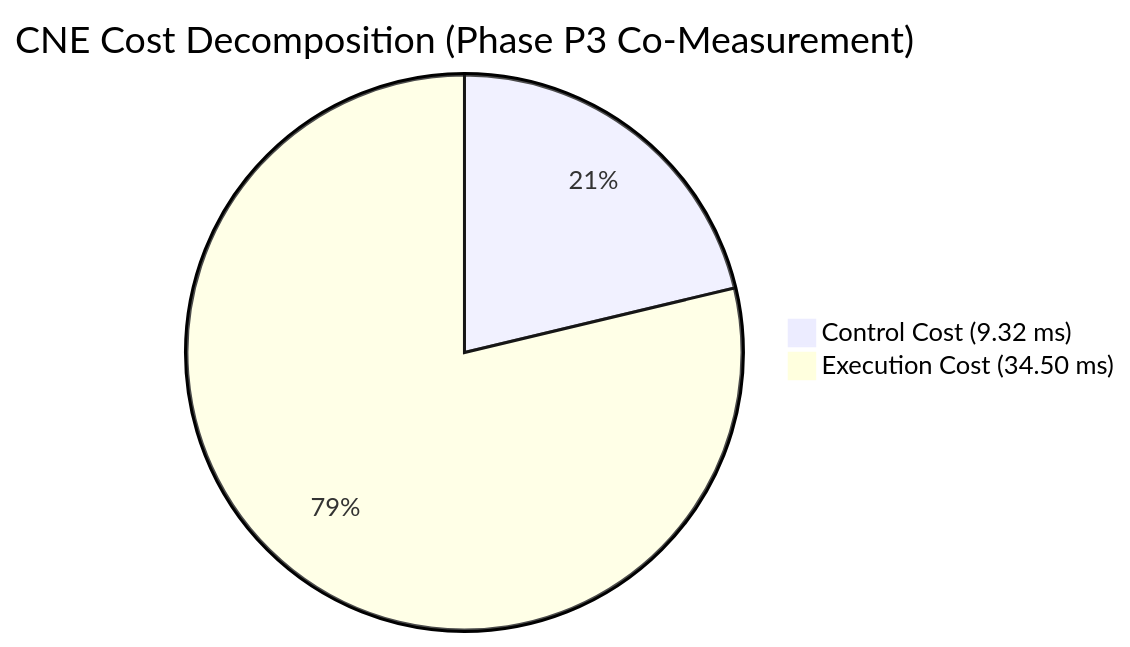
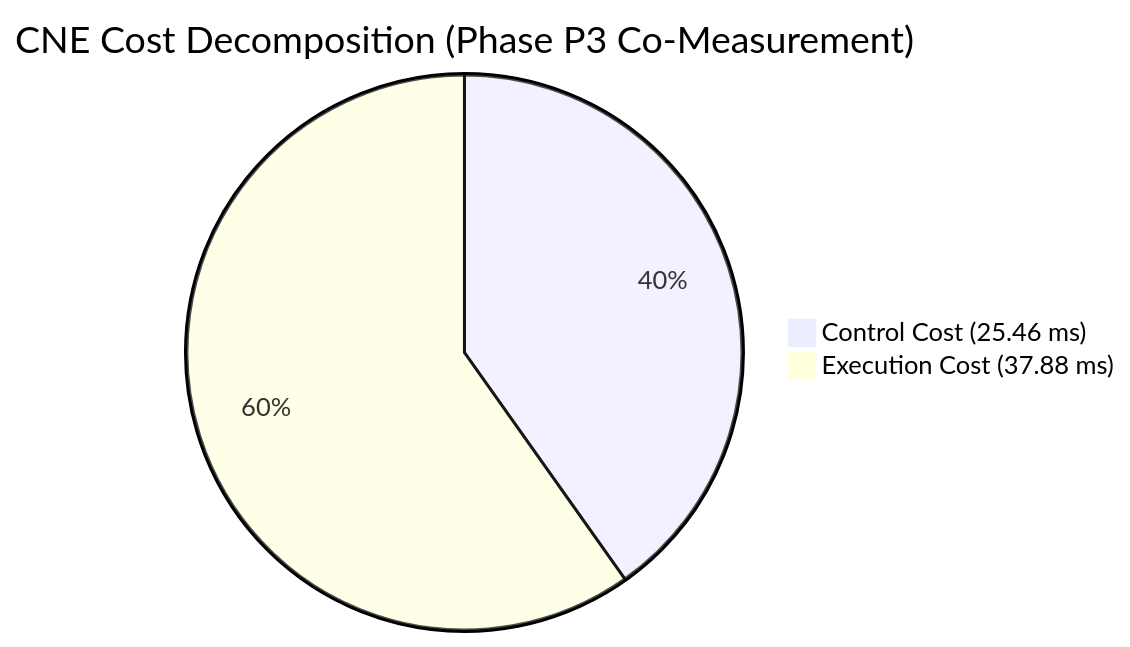
The first of 2 diagrams in docs/BENCHMARK_REPORT.md (PrivateAccount-01/CNE), drawn with Mermaid before and after one commit. The commit also changed other lines of this file and 18 other files, not shown here.

First line of the commit message:
fix(core,bench): resolve 9 architectural defects and reconcile benchmarks

````diff
--- a/docs/BENCHMARK_REPORT.md
+++ b/docs/BENCHMARK_REPORT.md
@@ -33,5 +33,5 @@
 ```mermaid
 pie title CNE Cost Decomposition (Phase P3 Co-Measurement)
-    "Control Cost (9.32 ms)" : 9.32
-    "Execution Cost (34.50 ms)" : 34.50
+    "Control Cost (25.46 ms)" : 25.46
+    "Execution Cost (37.88 ms)" : 37.88
 ```
````
